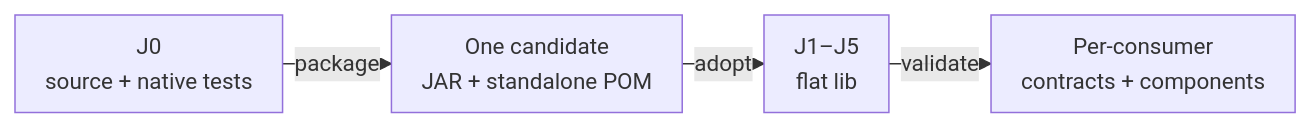
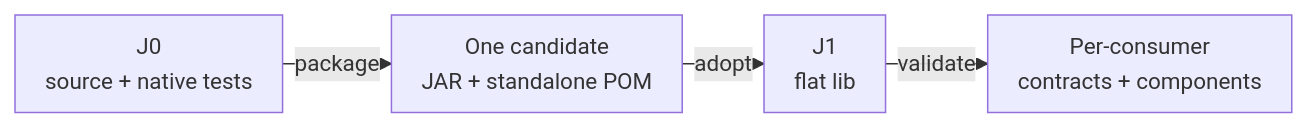
The diagram in docs/ATF_Platform_Libraries.md (crististefanita/atf_j1), drawn with Mermaid before and after one commit. The commit also changed other lines of this file and 83 other files, not shown here.

````diff
--- a/docs/ATF_Platform_Libraries.md
+++ b/docs/ATF_Platform_Libraries.md
@@ -31,7 +28,7 @@
 ```mermaid
 %%{init: {"themeVariables":{"fontSize":"15px"},"themeCSS":".nodeLabel, .nodeLabel p { font-size: 15px !important; line-height: 1.35 !important; } .edgeLabel, .edgeLabel p { font-size: 12px !important; font-weight: 400 !important; line-height: 1.2 !important; } .edgeLabel .labelBkg, .edgeLabel p { background: transparent !important; } .edgeLabel foreignObject { transform: translateY(-18px); overflow: visible; } .node rect { rx: 6px; ry: 6px; }","flowchart":{"curve":"linear","nodeSpacing":24,"rankSpacing":16,"padding":10,"diagramPadding":16}}}%%
 flowchart LR
     Source["J0<br/>source + native tests"] -->|package| Pair["One candidate<br/>JAR + standalone POM"]
-    Pair -->|adopt| Lib["J1–J5<br/>flat lib"]
+    Pair -->|adopt| Lib["J1<br/>flat lib"]
     Lib -->|validate| Acceptance["Per-consumer<br/>contracts + components"]
 ```
````
